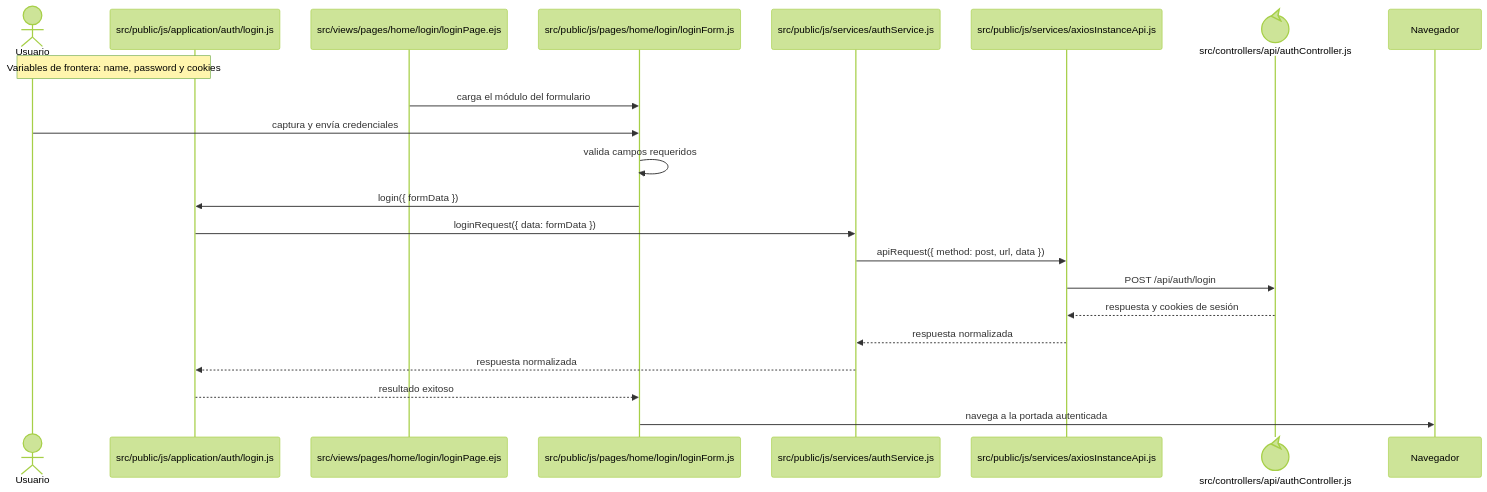
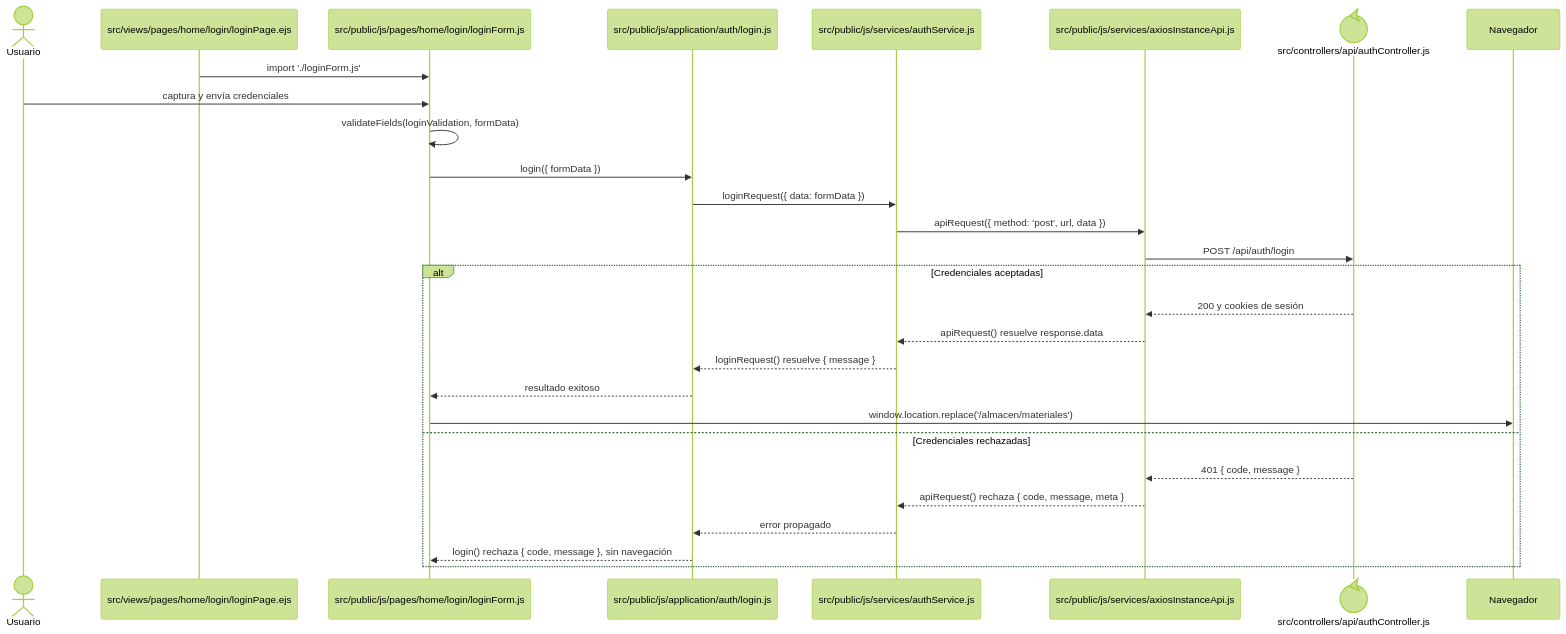
One commit to gpgsistemas01/nexus changed the diagram in docs/architecture/frontend-code-sequences/authentication/cu-aut-01.md. Above: the diagram before and after it, drawn with Mermaid (forest theme). The commit also changed other lines of this file and 148 other files, not shown here.

````diff
--- a/docs/architecture/frontend-code-sequences/authentication/cu-aut-01.md
+++ b/docs/architecture/frontend-code-sequences/authentication/cu-aut-01.md
@@ -6,25 +6,31 @@
 ```mermaid
 sequenceDiagram
-    Note over User,App: Variables de frontera: name, password y cookies
     actor User as Usuario
     participant EJS as src/views/pages/home/login/loginPage.ejs
     participant Form as src/public/js/pages/home/login/loginForm.js
     participant App as src/public/js/application/auth/login.js
     participant Request as src/public/js/services/authService.js
     participant HTTP as src/public/js/services/axiosInstanceApi.js
     participant API@{ "type": "control" } as src/controllers/api/authController.js
     participant Browser as Navegador
 
-    EJS->>Form: carga el módulo del formulario
+    EJS->>Form: import './loginForm.js'
     User->>Form: captura y envía credenciales
-    Form->>Form: valida campos requeridos
+    Form->>Form: validateFields(loginValidation, formData)
     Form->>App: login({ formData })
     App->>Request: loginRequest({ data: formData })
-    Request->>HTTP: apiRequest({ method: post, url, data })
+    Request->>HTTP: apiRequest({ method: 'post', url, data })
     HTTP->>API: POST /api/auth/login
-    API-->>HTTP: respuesta y cookies de sesión
-    HTTP-->>Request: respuesta normalizada
-    Request-->>App: respuesta normalizada
-    App-->>Form: resultado exitoso
-    Form->>Browser: navega a la portada autenticada
+    alt Credenciales aceptadas
+        API-->>HTTP: 200 y cookies de sesión
+        HTTP-->>Request: apiRequest() resuelve response.data
+        Request-->>App: loginRequest() resuelve { message }
+        App-->>Form: resultado exitoso
+        Form->>Browser: window.location.replace('/almacen/materiales')
+    else Credenciales rechazadas
+        API-->>HTTP: 401 { code, message }
+        HTTP-->>Request: apiRequest() rechaza { code, message, meta }
+        Request-->>App: error propagado
+        App-->>Form: login() rechaza { code, message }, sin navegación
+    end
 ```
````
